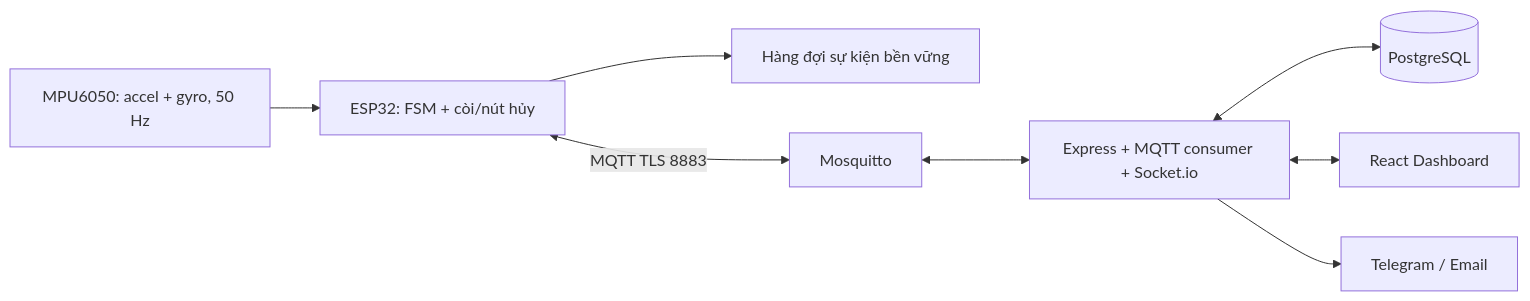
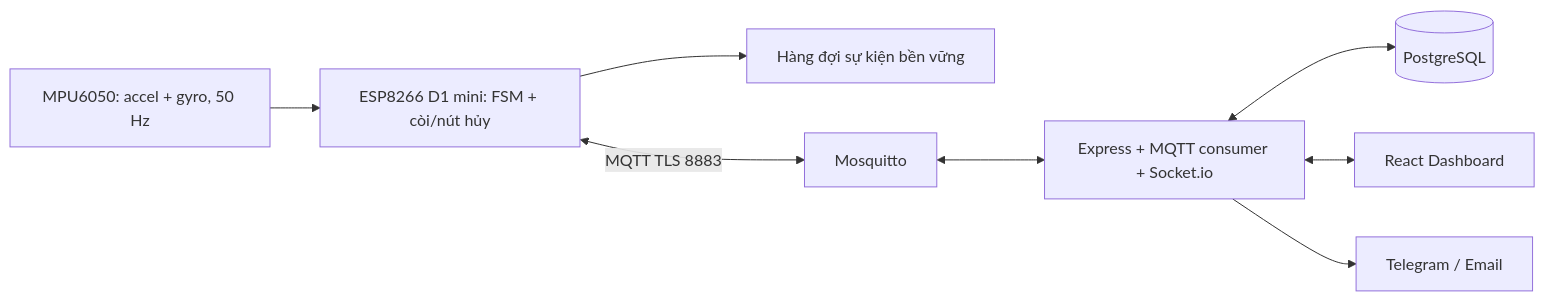
One commit to dangls-hub/Smart-Fall-Guard-Wristband changed the diagram in README.md. Above: the diagram before and after it, drawn with Mermaid. The commit also changed other lines of this file and 3 other files, not shown here.

Commit message:
docs: align hardware guides with ESP8266 schematics

````diff
--- a/README.md
+++ b/README.md
@@ -9,10 +9,10 @@
 ```mermaid
 flowchart LR
-    IMU["MPU6050: accel + gyro, 50 Hz"] --> ESP["ESP32: FSM + còi/nút hủy"]
+    IMU["MPU6050: accel + gyro, 50 Hz"] --> ESP["ESP8266 D1 mini: FSM + còi/nút hủy"]
     ESP --> BUF["Hàng đợi sự kiện bền vững"]
     ESP <-->|MQTT TLS 8883| MQTT["Mosquitto"]
     MQTT <--> BE["Express + MQTT consumer + Socket.io"]
     BE <--> DB[("PostgreSQL")]
     BE <--> WEB["React Dashboard"]
     BE --> ALERT["Telegram / Email"]
 ```
````
